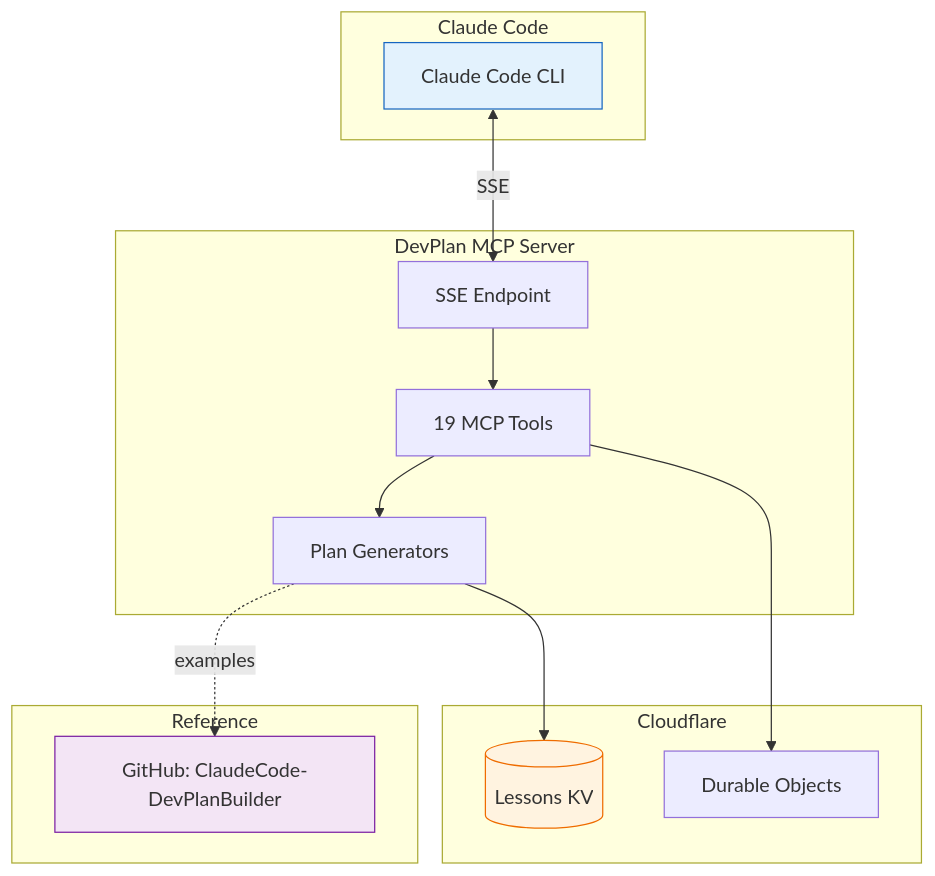
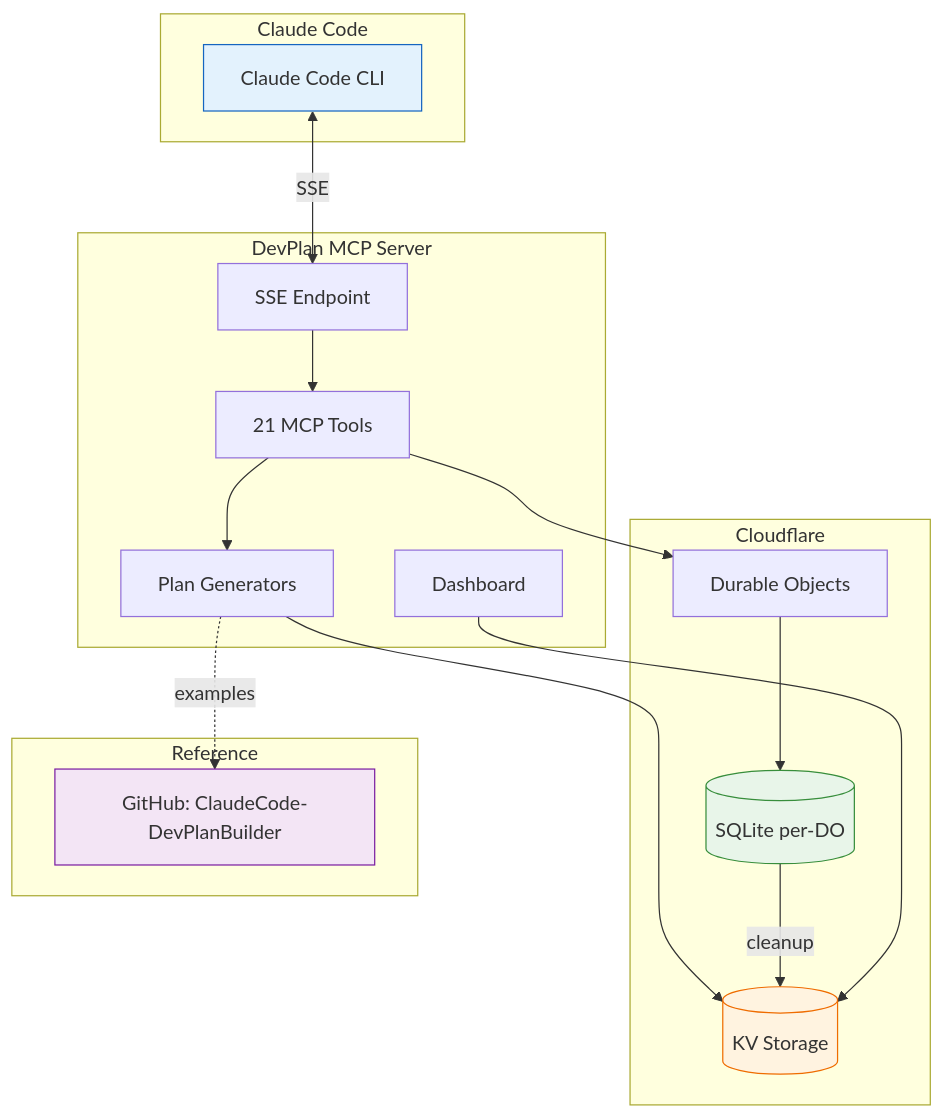
The fourth of 6 diagrams in README.md (mmorris35/devplan-mcp-server), drawn with Mermaid before and after one commit. The commit also changed other lines of this file, not shown here.

First line of the commit message:
docs: update README with session cleanup and dashboard details

````diff
--- a/README.md
+++ b/README.md
@@ -211,32 +217,38 @@
 ```mermaid
 graph TB
     subgraph Client["Claude Code"]
         CC[Claude Code CLI]
     end
 
     subgraph MCP["DevPlan MCP Server"]
         SSE[SSE Endpoint]
-        Tools[19 MCP Tools]
+        Dash[Dashboard]
+        Tools[21 MCP Tools]
         Gen[Plan Generators]
     end
 
     subgraph Storage["Cloudflare"]
-        KV[(Lessons KV)]
+        KV[(KV Storage)]
         DO[Durable Objects]
+        SQL[(SQLite per-DO)]
     end
 
     subgraph Methodology["Reference"]
         GH[GitHub: ClaudeCode-DevPlanBuilder]
     end
 
     CC <-->|SSE| SSE
     SSE --> Tools
     Tools --> Gen
     Gen --> KV
     Tools --> DO
+    DO --> SQL
+    SQL -->|cleanup| KV
+    Dash --> KV
     Gen -.->|examples| GH
 
     style CC fill:#e3f2fd,stroke:#1565c0
     style KV fill:#fff3e0,stroke:#ef6c00
+    style SQL fill:#e8f5e9,stroke:#388e3c
     style GH fill:#f3e5f5,stroke:#7b1fa2
 ```
````
